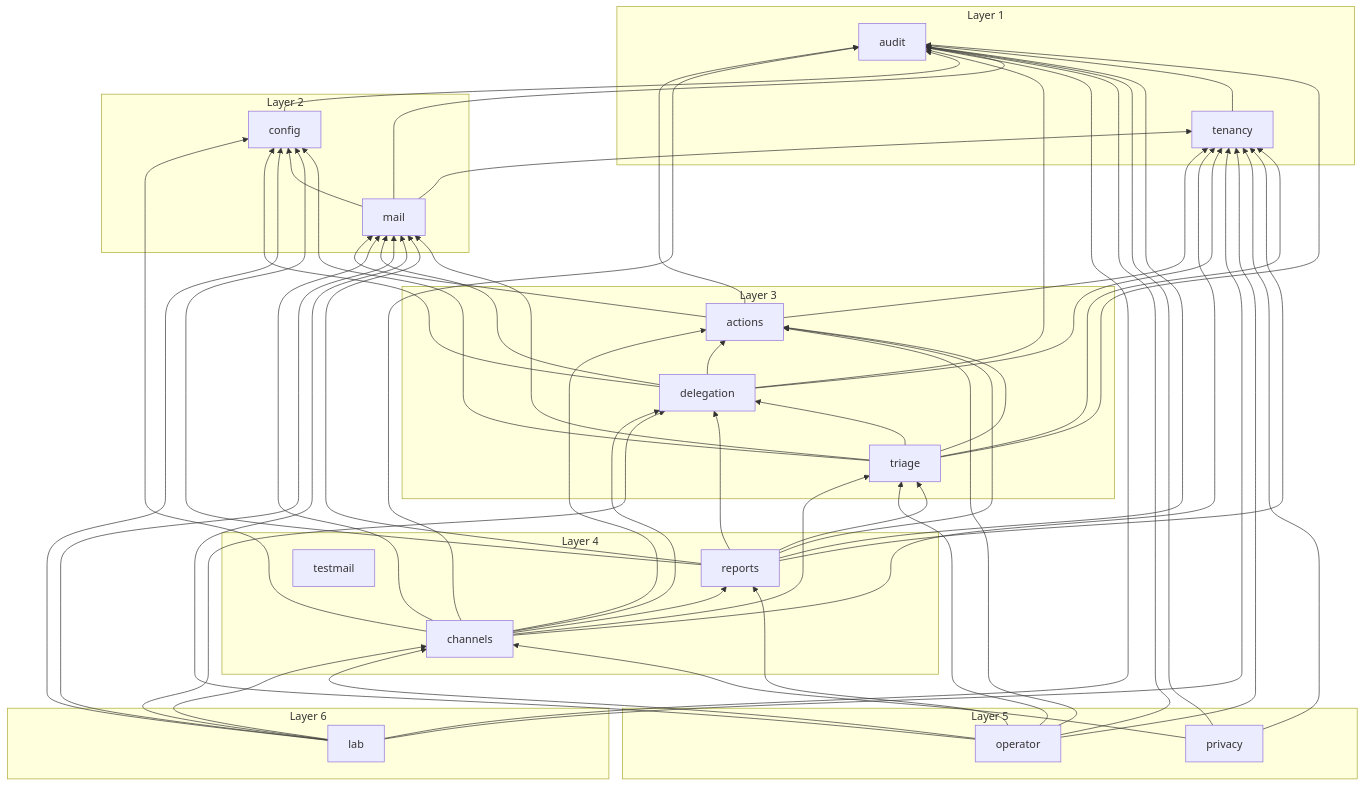
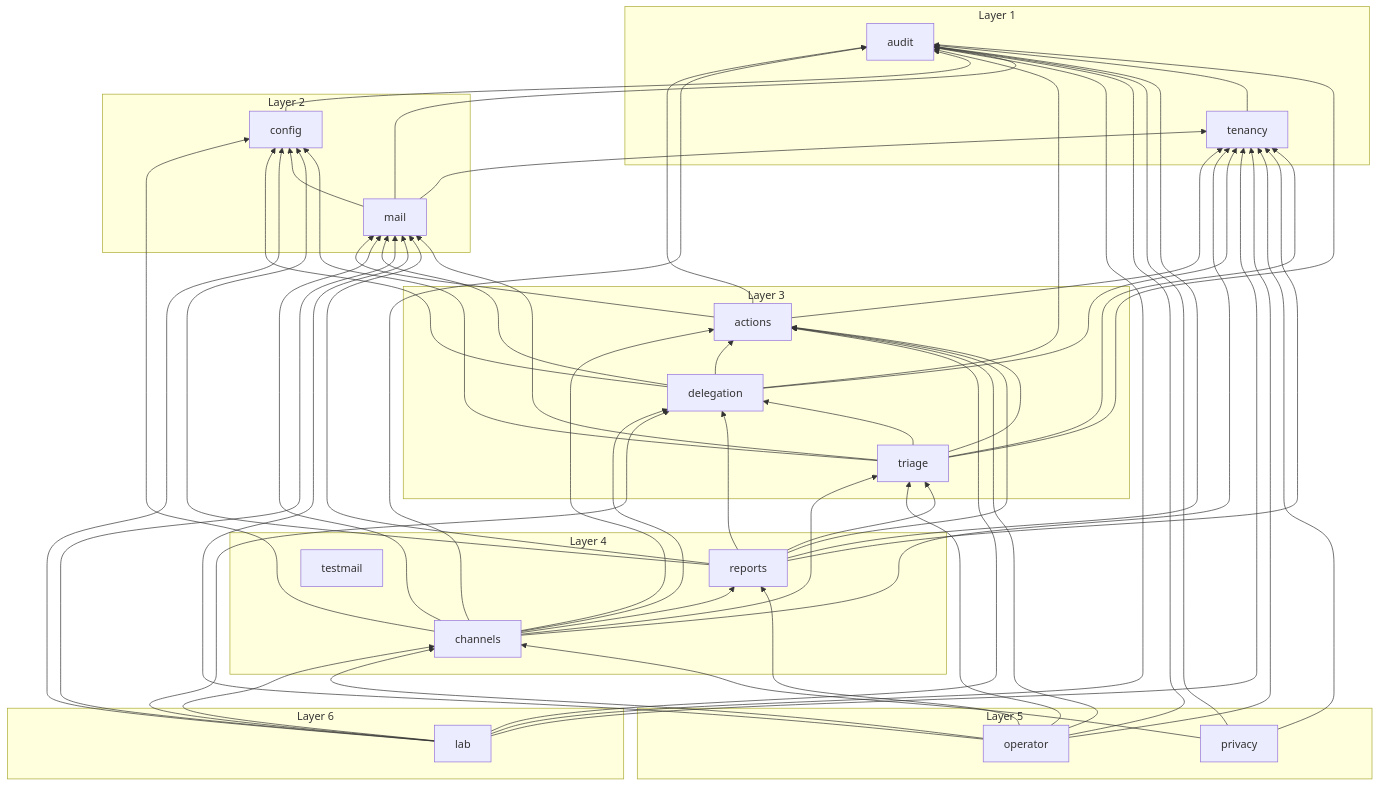
One commit to Artexs/email_assistant changed the diagram in docs/diagrams/module-graph.md. Above: the diagram before and after it, drawn with Mermaid. The commit also changed 7 other files, not shown here.

````diff
--- a/docs/diagrams/module-graph.md
+++ b/docs/diagrams/module-graph.md
@@ -7,78 +7,79 @@
 ```mermaid
 flowchart BT
   subgraph group1["Layer 1"]
     audit
     tenancy
   end
   subgraph group2["Layer 2"]
     config
     mail
   end
   subgraph group3["Layer 3"]
     triage
     actions
     delegation
   end
   subgraph group4["Layer 4"]
     reports
     channels
     testmail
   end
   subgraph group5["Layer 5"]
     operator
     privacy
   end
   subgraph group6["Layer 6"]
     lab
   end
   actions --> audit
   actions --> mail
   actions --> tenancy
   channels --> actions
   channels --> audit
   channels --> config
   channels --> delegation
   channels --> mail
   channels --> reports
   channels --> tenancy
   channels --> triage
   config --> audit
   delegation --> actions
   delegation --> audit
   delegation --> config
   delegation --> mail
   delegation --> tenancy
+  lab --> actions
   lab --> audit
   lab --> channels
   lab --> config
   lab --> delegation
   lab --> mail
   lab --> tenancy
   mail --> audit
   mail --> config
   mail --> tenancy
   operator --> actions
   operator --> audit
   operator --> channels
   operator --> mail
   operator --> reports
   operator --> tenancy
   operator --> triage
   privacy --> audit
   privacy --> channels
   privacy --> tenancy
   reports --> actions
   reports --> audit
   reports --> config
   reports --> delegation
   reports --> mail
   reports --> tenancy
   reports --> triage
   tenancy --> audit
   triage --> actions
   triage --> audit
   triage --> config
   triage --> delegation
   triage --> mail
   triage --> tenancy
 ```
````
